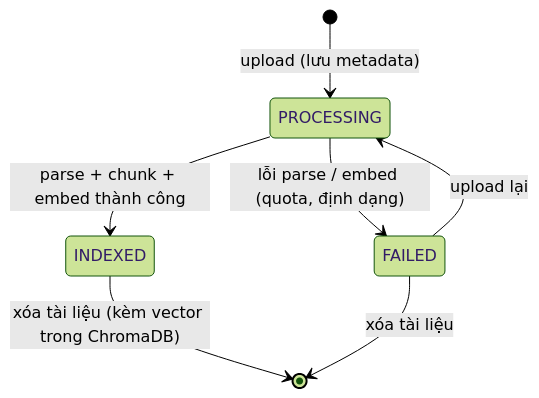
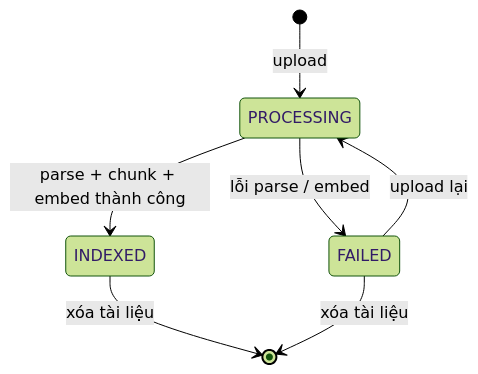
One commit to Scobydoo1/swd changed the eighth of 8 diagrams in readme.md. Above: the diagram before and after it, drawn with Mermaid (forest theme). The commit also changed other lines of this file, not shown here.

````diff
--- a/readme.md
+++ b/readme.md
@@ -457,9 +410,9 @@
 ```mermaid
 stateDiagram-v2
-    [*] --> PROCESSING : upload (lưu metadata)
+    [*] --> PROCESSING : upload
     PROCESSING --> INDEXED : parse + chunk + embed thành công
-    PROCESSING --> FAILED : lỗi parse / embed (quota, định dạng)
+    PROCESSING --> FAILED : lỗi parse / embed
     FAILED --> PROCESSING : upload lại
-    INDEXED --> [*] : xóa tài liệu (kèm vector trong ChromaDB)
+    INDEXED --> [*] : xóa tài liệu
     FAILED --> [*] : xóa tài liệu
 ```
````
